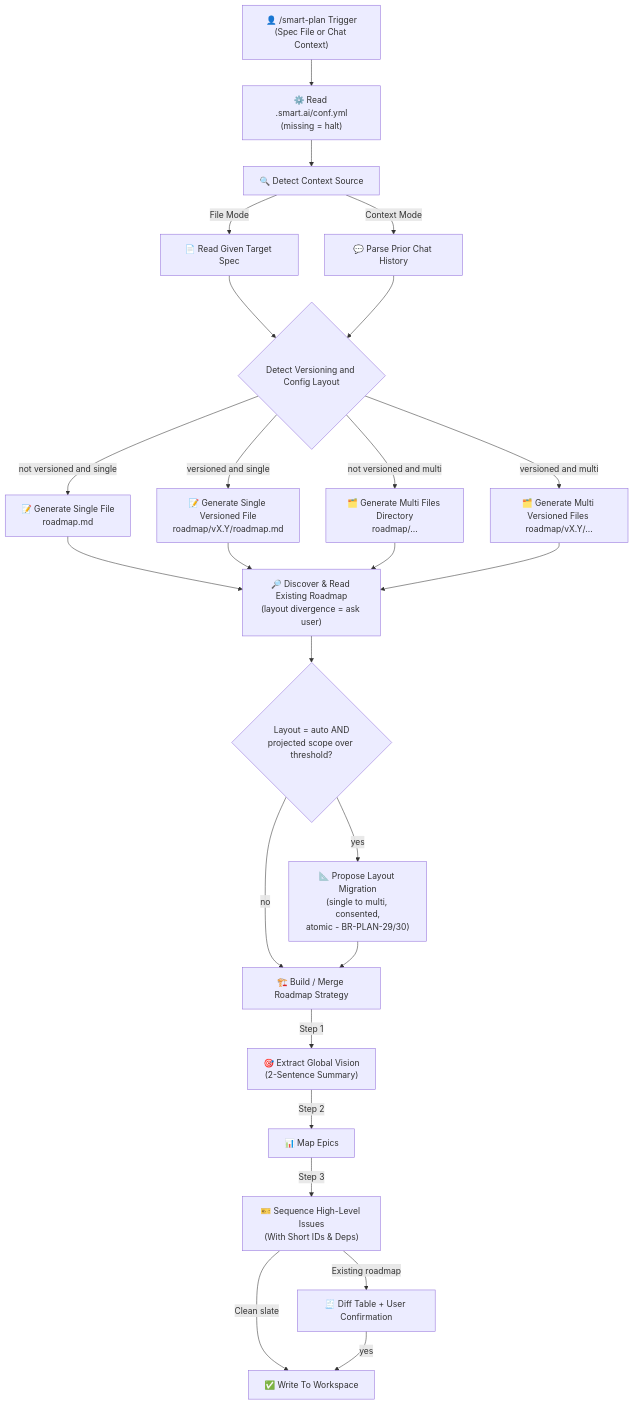
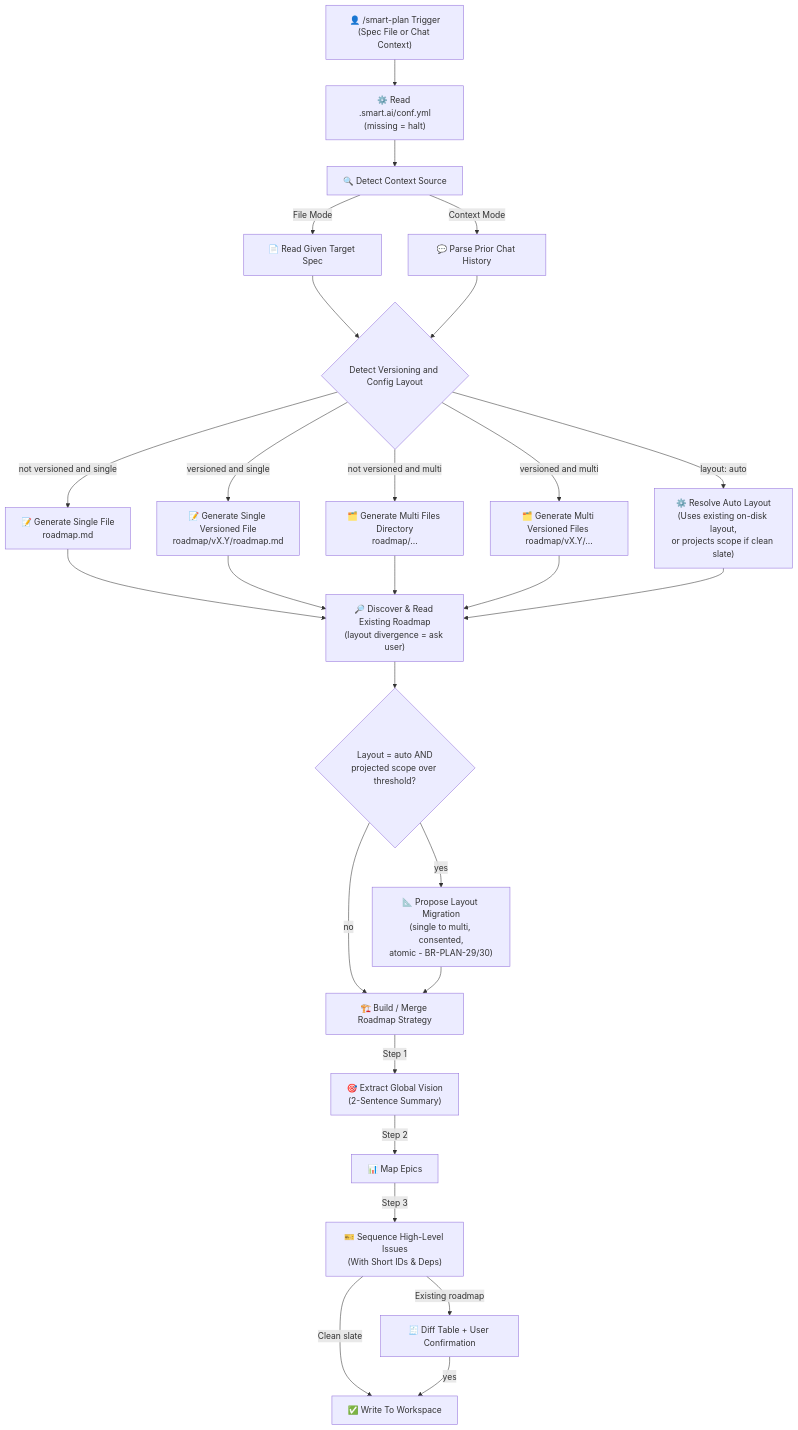
The first of 3 diagrams in docs/specs/smart-plan.md (fletort/smart-ai-factory), drawn with Mermaid before and after one commit. The commit also changed other lines of this file, not shown here.

````diff
--- a/docs/specs/smart-plan.md
+++ b/docs/specs/smart-plan.md
@@ -50,34 +50,36 @@
   ```mermaid
   graph TD
       Input["👤 /smart-plan Trigger<br/>(Spec File or Chat Context)"] --> Config["⚙️ Read .smart.ai/conf.yml<br/>(missing = halt)"]
       Config --> Source["🔍 Detect Context Source"]
 
       Source -->|File Mode| ReadFile["📄 Read Given Target Spec"]
       Source -->|Context Mode| ReadChat["💬 Parse Prior Chat History"]
 
       ReadFile --> Strategy{"Detect Versioning and Config Layout"}
       ReadChat --> Strategy
 
       Strategy -->|not versioned and single| Single["📝 Generate Single File<br/>roadmap.md"]
       Strategy -->|versioned and single| SingleVer["📝 Generate Single Versioned File<br/>roadmap/vX.Y/roadmap.md"]
       Strategy -->|not versioned and multi| Multi["🗂️ Generate Multi Files Directory<br/>roadmap/..."]
       Strategy -->|versioned and multi| MultiVer["🗂️ Generate Multi Versioned Files <br/>roadmap/vX.Y/..."]
+      Strategy -->|layout: auto| ResolveAuto["⚙️ Resolve Auto Layout<br/>(Uses existing on-disk layout,<br/>or projects scope if clean slate)"]
 
       Single --> Discover["🔎 Discover & Read Existing Roadmap<br/>(layout divergence = ask user)"]
       SingleVer --> Discover
       Multi --> Discover
       MultiVer --> Discover
+      ResolveAuto --> Discover
 
       Discover --> LayoutEval{"Layout = auto AND<br/>projected scope over threshold?"}
       LayoutEval -->|yes| ProposeLayout["📐 Propose Layout Migration<br/>(single to multi, consented,<br/>atomic - BR-PLAN-29/30)"]
       LayoutEval -->|no| Process["🏗️ Build / Merge Roadmap Strategy"]
       ProposeLayout --> Process
 
       Process -->|Step 1| Vision["🎯 Extract Global Vision<br/>(2-Sentence Summary)"]
       Vision -->|Step 2| Epics["📊 Map Epics"]
       Epics -->|Step 3| Issues["🎫 Sequence High-Level Issues<br/>(With Short IDs & Deps)"]
 
       Issues -->|Clean slate| Output["✅ Write To Workspace"]
       Issues -->|Existing roadmap| Confirm["🧾 Diff Table + User Confirmation"]
       Confirm -->|yes| Output
   ```
````
